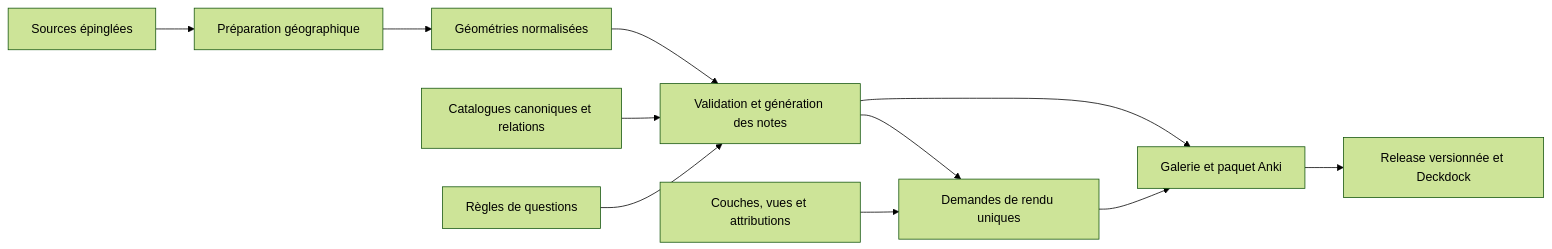
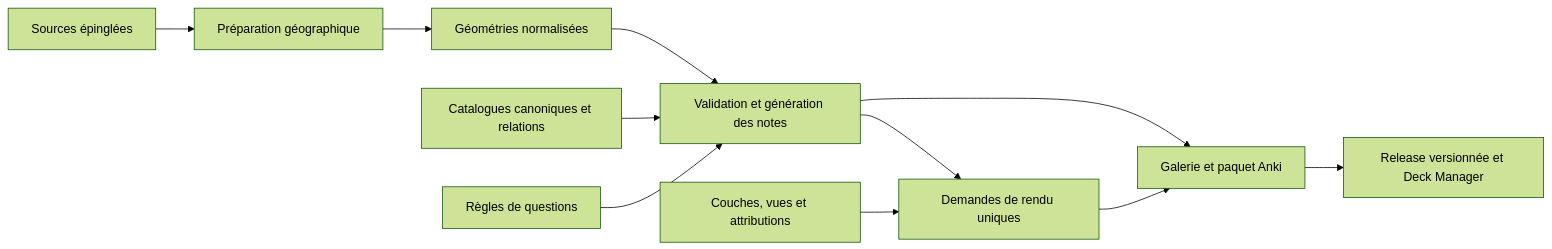
The diagram in docs/reviews/ARCHITECTURE_2026-10-21.md (NayanChauveau/anki-deck-french-geography), drawn with Mermaid (forest theme) before and after one commit. The commit also changed other lines of this file and 8 other files, not shown here.

Commit message:
Use Deck Manager name and repository throughout

````diff
--- a/docs/reviews/ARCHITECTURE_2026-10-21.md
+++ b/docs/reviews/ARCHITECTURE_2026-10-21.md
@@ -267,13 +267,13 @@
 ```mermaid
 flowchart LR
     S[Sources épinglées] --> P[Préparation géographique]
     P --> G[Géométries normalisées]
     C[Catalogues canoniques et relations] --> V[Validation et génération des notes]
     R[Règles de questions] --> V
     G --> V
     V --> M[Demandes de rendu uniques]
     L[Couches, vues et attributions] --> M
     M --> E[Galerie et paquet Anki]
     V --> E
-    E --> D[Release versionnée et Deckdock]
+    E --> D[Release versionnée et Deck Manager]
 ```
````
